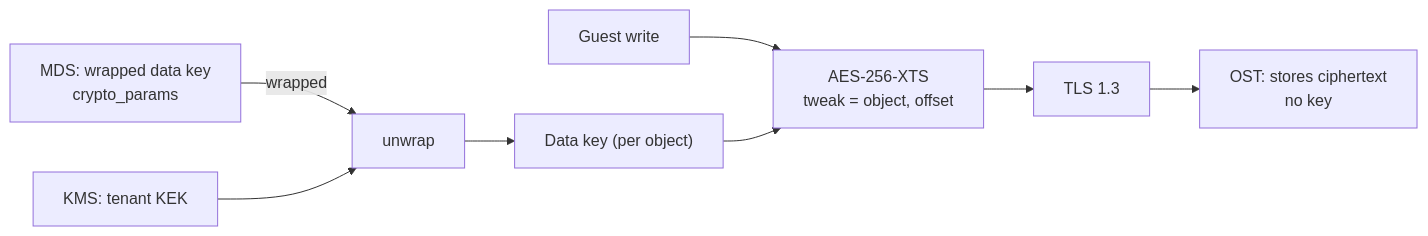
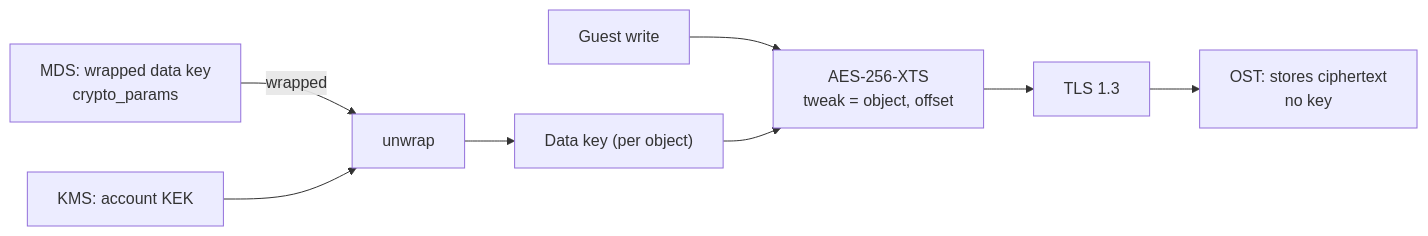
The second of 3 diagrams in docs/security.md (rawstor/librawstor), drawn with Mermaid before and after one commit. The commit also changed other lines of this file and 98 other files, not shown here.

First line of the commit message:
ref: tenant is renamed to account

````diff
--- a/docs/security.md
+++ b/docs/security.md
@@ -617,10 +617,10 @@
 ```mermaid
 flowchart LR
     guest["Guest write"] --> xts["AES-256-XTS<br/>tweak = object, offset"]
     dek["Data key (per object)"] --> xts
     xts --> tls["TLS 1.3"]
     tls --> ost["OST: stores ciphertext<br/>no key"]
     mds["MDS: wrapped data key<br/>crypto_params"] -- "wrapped" --> unwrap["unwrap"]
-    kms["KMS: tenant KEK"] --> unwrap
+    kms["KMS: account KEK"] --> unwrap
     unwrap --> dek
 ```
````
